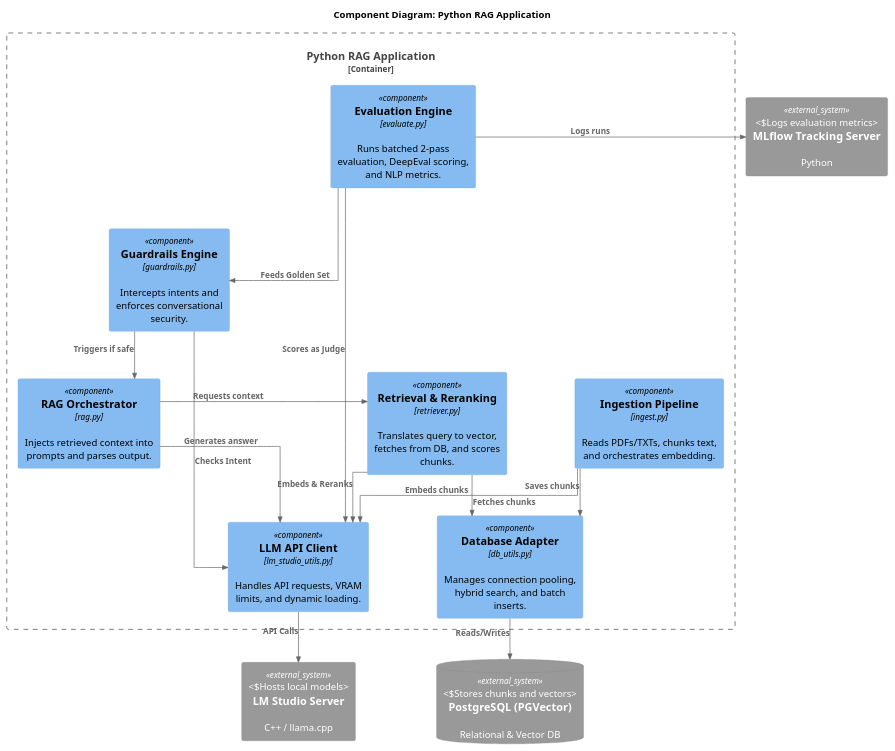
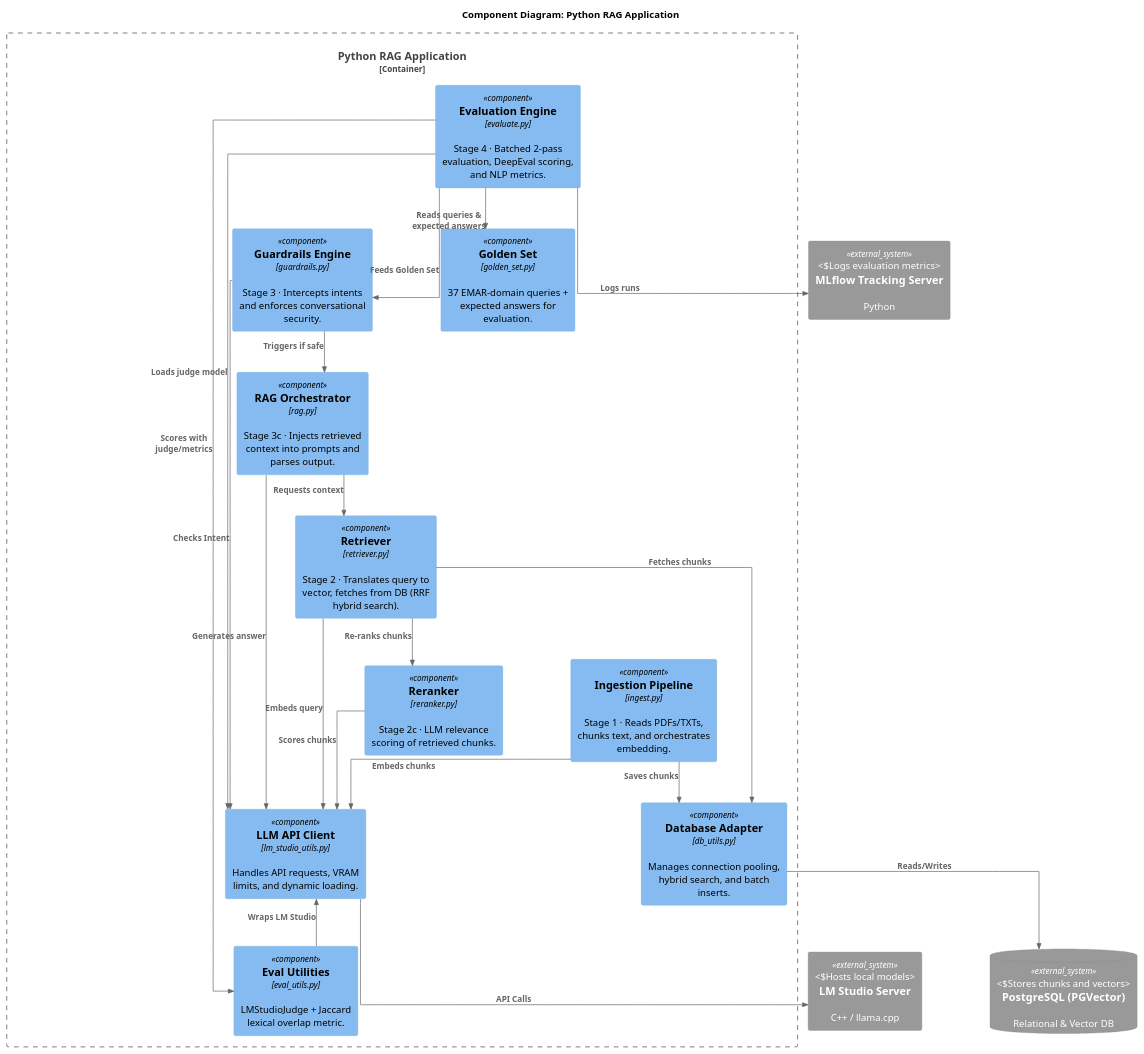
Before and after one commit to iseg-pg-ai/nlpg-6ed-group-4: the diagram in documentation/C4/c4_level3.puml, drawn with PlantUML. The commit also changed 2 other files, not shown here.

Commit message:
Updates C4 diagrams

```diff
--- a/documentation/C4/c4_level3.puml
+++ b/documentation/C4/c4_level3.puml
@@ -1,65 +1,89 @@
 @startuml level-three
 !include https://raw.githubusercontent.com/plantuml-stdlib/C4-PlantUML/master/C4_Component.puml
 
 ' THE MAGIC TRICK: Forces strict 90-degree angles instead of curved spaghetti lines
 skinparam linetype ortho
 skinparam nodesep 100
 
 LAYOUT_TOP_DOWN()
 
 title Component Diagram: Python RAG Application
 
 System_Ext(mlflow, "MLflow Tracking Server", "Python", "Logs evaluation metrics")
 
 Container_Boundary(python_app, "Python RAG Application") {
-    
+
     ' TOP LAYER (Entry Points)
-    Component(eval_engine, "Evaluation Engine", "evaluate.py", "Runs batched 2-pass evaluation, DeepEval scoring, and NLP metrics.")
-    Component(ingest, "Ingestion Pipeline", "ingest.py", "Reads PDFs/TXTs, chunks text, and orchestrates embedding.")
-    
+    Component(eval_engine, "Evaluation Engine", "evaluate.py", "Stage 4 · Batched 2-pass evaluation, DeepEval scoring, and NLP metrics.")
+    Component(ingest, "Ingestion Pipeline", "ingest.py", "Stage 1 · Reads PDFs/TXTs, chunks text, and orchestrates embedding.")
+
+    ' DATA LAYER (Golden Set)
+    Component(golden_set, "Golden Set", "golden_set.py", "37 EMAR-domain queries + expected answers for evaluation.")
+
     ' SECOND LAYER
-    Component(guardrails, "Guardrails Engine", "guardrails.py", "Intercepts intents and enforces conversational security.")
-    
+    Component(guardrails, "Guardrails Engine", "guardrails.py", "Stage 3 · Intercepts intents and enforces conversational security.")
+
     ' THIRD LAYER (Core Business Logic)
-    Component(rag_orch, "RAG Orchestrator", "rag.py", "Injects retrieved context into prompts and parses output.")
-    Component(retriever, "Retrieval & Reranking", "retriever.py", "Translates query to vector, fetches from DB, and scores chunks.")
-    
+    Component(rag_orch, "RAG Orchestrator", "rag.py", "Stage 3c · Injects retrieved context into prompts and parses output.")
+    Component(retriever, "Retriever", "retriever.py", "Stage 2 · Translates query to vector, fetches from DB (RRF hybrid search).")
+    Component(reranker, "Reranker", "reranker.py", "Stage 2c · LLM relevance scoring of retrieved chunks.")
+
     ' BOTTOM LAYER (Core Adapters)
     Component(llm_client, "LLM API Client", "lm_studio_utils.py", "Handles API requests, VRAM limits, and dynamic loading.")
     Component(db_adapter, "Database Adapter", "db_utils.py", "Manages connection pooling, hybrid search, and batch inserts.")
+    Component(eval_utils, "Eval Utilities", "eval_utils.py", "LMStudioJudge + Jaccard lexical overlap metric.")
 
-    ' Invisible constraints to force a clean 2-column grid
+    ' Invisible constraints to force a clean grid
     Lay_R(eval_engine, ingest)
-    Lay_R(rag_orch, retriever)
-    Lay_R(llm_client, db_adapter)
+    Lay_D(eval_engine, guardrails)
+    Lay_D(guardrails, rag_orch)
+    Lay_D(rag_orch, retriever)
+    Lay_R(retriever, reranker)
+    Lay_D(retriever, llm_client)
+    Lay_R(llm_client, eval_utils)
+    Lay_D(reranker, db_adapter)
+    Lay_D(golden_set, eval_engine)
 }
 
 System_Ext(lmstudio, "LM Studio Server", "C++ / llama.cpp", "Hosts local models")
 SystemDb_Ext(pgvector, "PostgreSQL (PGVector)", "Relational & Vector DB", "Stores chunks and vectors")
 
+' Pin external elements (must be declared after the boundary)
+Lay_R(eval_engine, mlflow)
+Lay_D(db_adapter, pgvector)
+Lay_R(llm_client, lmstudio)
+
 ' --- RELATIONSHIPS ---
 
 ' 1. Evaluation & Ingestion Flow (From the top)
-Rel_R(eval_engine, mlflow, "Logs runs")
+Rel_D(eval_engine, golden_set, "Reads queries & expected answers")
+Rel_D(eval_engine, mlflow, "Logs runs")
 Rel_D(eval_engine, guardrails, "Feeds Golden Set")
-Rel_D(eval_engine, llm_client, "Scores as Judge")
+Rel_D(eval_engine, eval_utils, "Scores with judge/metrics")
+Rel_D(eval_engine, llm_client, "Loads judge model")
 
 Rel_D(ingest, db_adapter, "Saves chunks")
 Rel_D(ingest, llm_client, "Embeds chunks")
 
 ' 2. Guardrails Flow
 Rel_D(guardrails, rag_orch, "Triggers if safe")
 Rel_D(guardrails, llm_client, "Checks Intent")
 
 ' 3. RAG & Retrieval Flow
-Rel_R(rag_orch, retriever, "Requests context")
+Rel_D(rag_orch, retriever, "Requests context")
 Rel_D(rag_orch, llm_client, "Generates answer")
 
 Rel_D(retriever, db_adapter, "Fetches chunks")
-Rel_D(retriever, llm_client, "Embeds & Reranks")
+Rel_D(retriever, reranker, "Re-ranks chunks")
+Rel_D(retriever, llm_client, "Embeds query")
 
-' 4. External Infrastructure Flow
+Rel_D(reranker, llm_client, "Scores chunks")
+
+' 4. Eval Utilities Flow
+Rel_D(eval_utils, llm_client, "Wraps LM Studio")
+
+' 5. External Infrastructure Flow
 Rel_D(llm_client, lmstudio, "API Calls")
 Rel_D(db_adapter, pgvector, "Reads/Writes")
 
 @enduml
```
